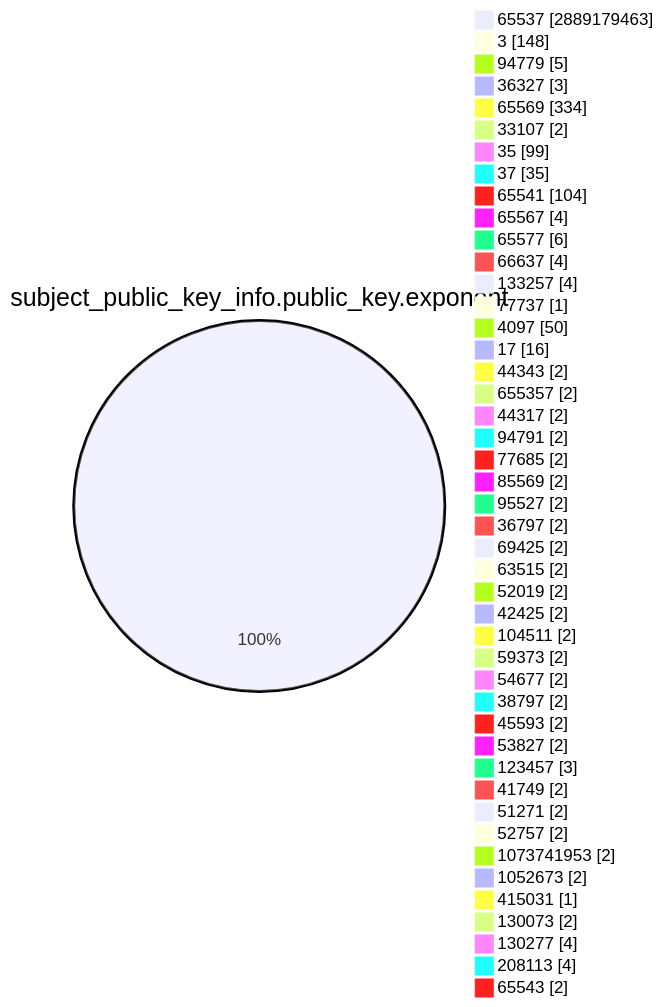
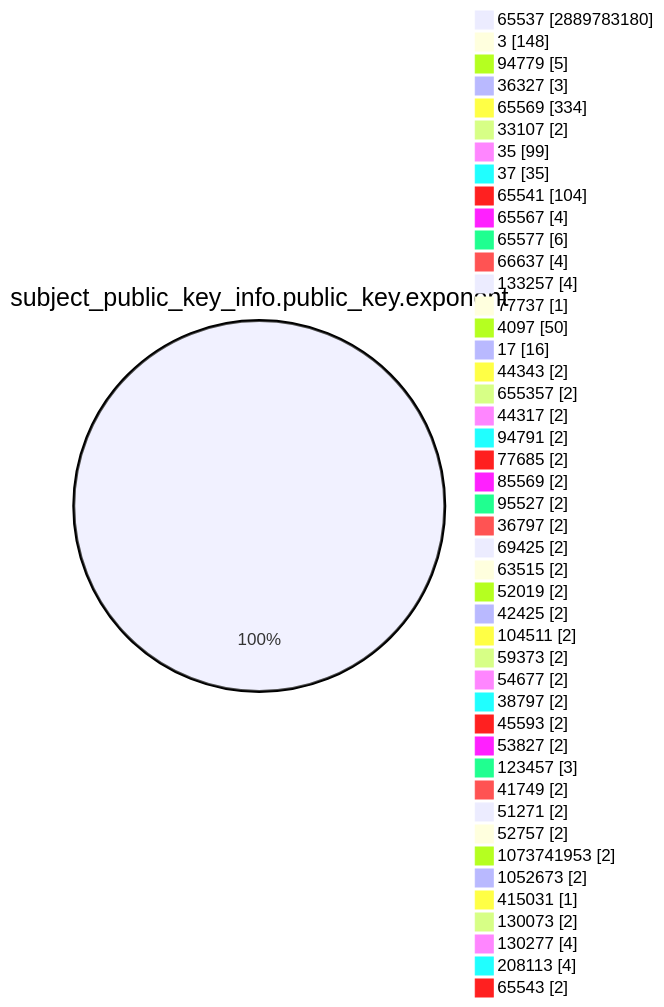
The fourth of 15 diagrams in TOTAL/README.md (christiankrug/ctmonitor_visualization), drawn with Mermaid before and after one commit. The commit also changed other lines of this file, not shown here.

````diff
--- a/TOTAL/README.md
+++ b/TOTAL/README.md
@@ -1468,49 +1468,49 @@
 ```mermaid
 pie showData
 title subject_public_key_info.public_key.exponent
-"65537" :2889179463
+"65537" :2889783180
 "3" :148
 "94779" :5
 "36327" :3
 "65569" :334
 "33107" :2
 "35" :99
 "37" :35
 "65541" :104
 "65567" :4
 "65577" :6
 "66637" :4
 "133257" :4
 "77737" :1
 "4097" :50
 "17" :16
 "44343" :2
 "655357" :2
 "44317" :2
 "94791" :2
 "77685" :2
 "85569" :2
 "95527" :2
 "36797" :2
 "69425" :2
 "63515" :2
 "52019" :2
 "42425" :2
 "104511" :2
 "59373" :2
 "54677" :2
 "38797" :2
 "45593" :2
 "53827" :2
 "123457" :3
 "41749" :2
 "51271" :2
 "52757" :2
 "1073741953" :2
 "1052673" :2
 "415031" :1
 "130073" :2
 "130277" :4
 "208113" :4
 "65543" :2
 ```
````
